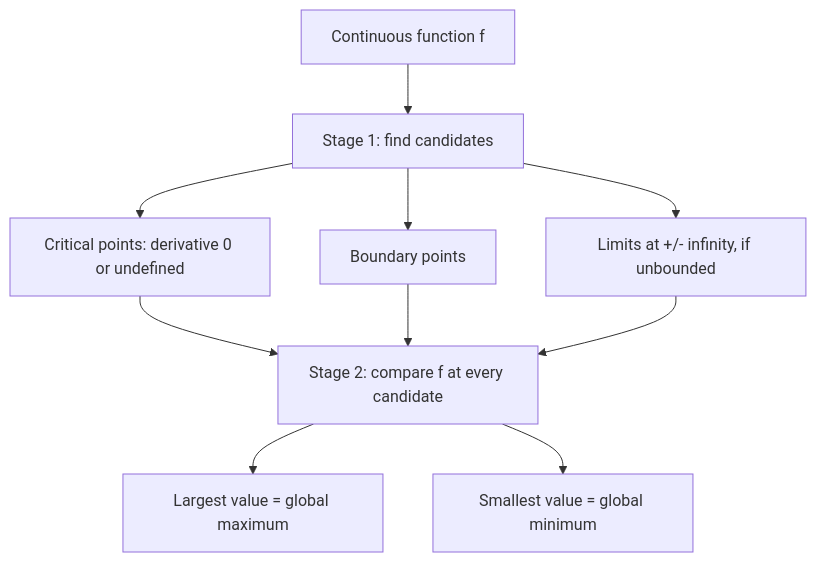
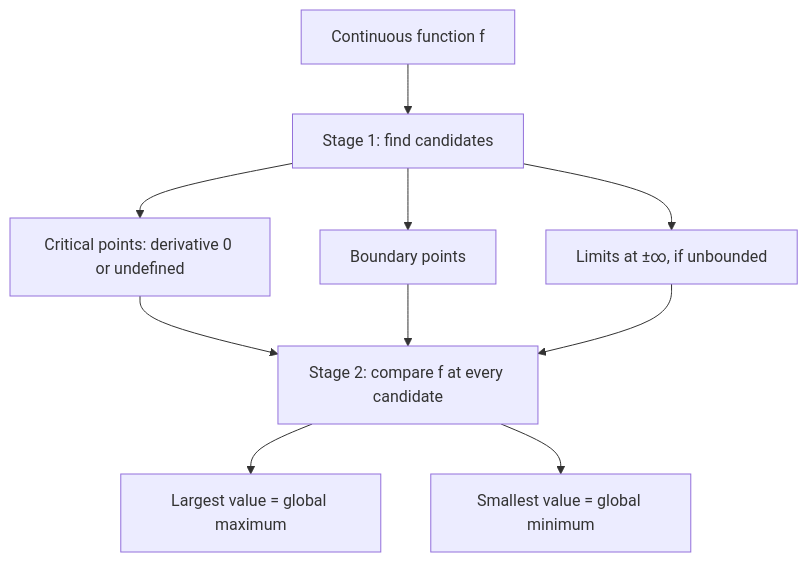
Before and after one commit to aiedu-lab/la_workbench: the first of 3 diagrams in sessions/critical_points.md, drawn with Mermaid. The commit also changed other lines of this file and 2 other files, not shown here.

````diff
--- a/sessions/critical_points.md
+++ b/sessions/critical_points.md
@@ -18,12 +18,12 @@
 ```mermaid
 flowchart TD
     A[Continuous function f] --> B[Stage 1: find candidates]
     B --> C[Critical points: derivative 0 or undefined]
     B --> D[Boundary points]
-    B --> E[Limits at +/- infinity, if unbounded]
+    B --> E["Limits at ±∞, if unbounded"]
     C --> F[Stage 2: compare f at every candidate]
     D --> F
     E --> F
     F --> G[Largest value = global maximum]
     F --> H[Smallest value = global minimum]
 ```
````
